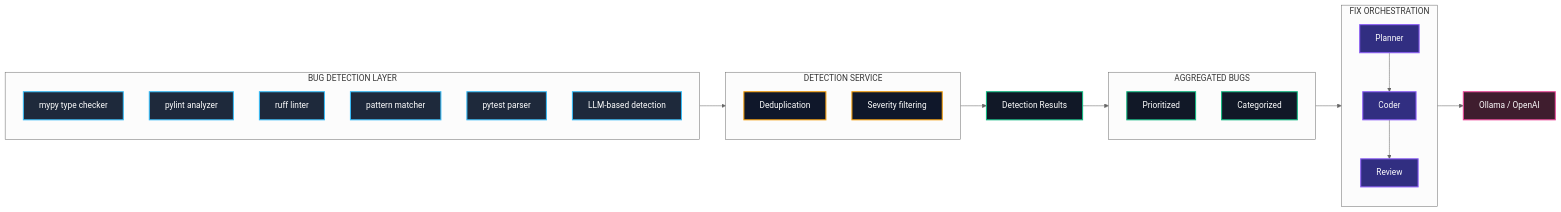
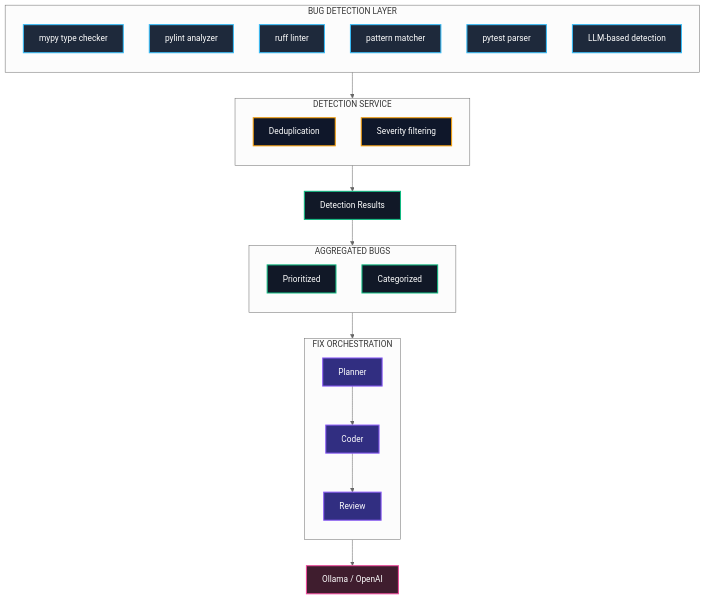
Before and after one commit to MauroSaavedra/AI_bug_fixer: the diagram in README.md, drawn with Mermaid (neutral theme). The commit also changed other lines of this file, not shown here.

````diff
--- a/README.md
+++ b/README.md
@@ -31,80 +31,80 @@
 ```mermaid
-flowchart LR
+flowchart TB
 
     %% =========================
     %% Detection Layer
     %% =========================
     subgraph Detection["BUG DETECTION LAYER"]
         direction TB
         D1["mypy type checker"]
         D2["pylint analyzer"]
         D3["ruff linter"]
         D4["pattern matcher"]
         D5["pytest parser"]
         D6["LLM-based detection"]
     end
 
     %% =========================
     %% Detection Service
     %% =========================
     subgraph Service["DETECTION SERVICE"]
         direction TB
         S1["Deduplication"]
         S2["Severity filtering"]
     end
 
     %% =========================
     %% Results
     %% =========================
     R["Detection Results"]
 
     %% =========================
     %% Aggregated Bugs
     %% =========================
     subgraph Aggregated["AGGREGATED BUGS"]
         direction TB
         A1["Prioritized"]
         A2["Categorized"]
     end
 
     %% =========================
     %% Orchestration Layer
     %% =========================
     subgraph Orchestration["FIX ORCHESTRATION"]
         direction TB
         O1["Planner"]
         O2["Coder"]
         O3["Review"]
     end
 
     %% =========================
     %% LLM Providers
     %% =========================
     LLM["Ollama / OpenAI"]
 
     %% =========================
     %% Connections
     %% =========================
     Detection --> Service
     Service --> R
     R --> Aggregated
     Aggregated --> O1
     O1 --> O2
     O2 --> O3
     O3 --> LLM
 
     %% =========================
     %% Styles
     %% =========================
     classDef detection fill:#1e293b,stroke:#38bdf8,color:#ffffff,stroke-width:2px;
     classDef service fill:#0f172a,stroke:#f59e0b,color:#ffffff,stroke-width:2px;
     classDef results fill:#111827,stroke:#10b981,color:#ffffff,stroke-width:2px;
     classDef orchestration fill:#312e81,stroke:#8b5cf6,color:#ffffff,stroke-width:2px;
     classDef llm fill:#3f1d2e,stroke:#ec4899,color:#ffffff,stroke-width:2px;
 
     class D1,D2,D3,D4,D5,D6 detection;
     class S1,S2 service;
     class R,A1,A2 results;
     class O1,O2,O3 orchestration;
     class LLM llm;
 ```
````
